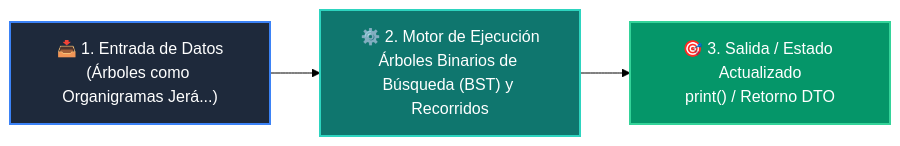
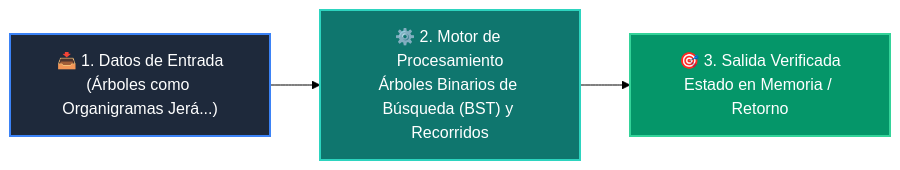
The diagram in 02-algoritmos-estructuras/clase-06-arboles-binarios-busqueda/README.md (wisrovi/wisrovi-python), drawn with Mermaid (forest theme) before and after one commit. The commit also changed other lines of this file and 226 other files, not shown here.

Commit message:
docs: elevate all repository READMEs to world-class mastery standard with rich pedagogical architecture, custom Mermaids, and professional styling

````diff
--- a/02-algoritmos-estructuras/clase-06-arboles-binarios-busqueda/README.md
+++ b/02-algoritmos-estructuras/clase-06-arboles-binarios-busqueda/README.md
@@ -12,9 +26,9 @@
 ```mermaid
 flowchart LR
-    A["📥 1. Entrada de Datos<br/>(Árboles como Organigramas Jerá...)"] --> B["⚙️ 2. Motor de Ejecución<br/>Árboles Binarios de Búsqueda (BST) y Recorridos"]
-    B --> C["🎯 3. Salida / Estado Actualizado<br/>print() / Retorno DTO"]
+    IN["📥 1. Datos de Entrada<br/>(Árboles como Organigramas Jerá...)"] --> ENG["⚙️ 2. Motor de Procesamiento<br/>Árboles Binarios de Búsqueda (BST) y Recorridos"]
+    ENG --> OUT["🎯 3. Salida Verificada<br/>Estado en Memoria / Retorno"]
 
-    style A fill:#1e293b,color:#ffffff,stroke:#3b82f6,stroke-width:2px
-    style B fill:#0f766e,color:#ffffff,stroke:#2dd4bf,stroke-width:2px
-    style C fill:#059669,color:#ffffff,stroke:#34d399,stroke-width:2px
+    style IN fill:#1e293b,color:#ffffff,stroke:#3b82f6,stroke-width:2px
+    style ENG fill:#0f766e,color:#ffffff,stroke:#2dd4bf,stroke-width:2px
+    style OUT fill:#059669,color:#ffffff,stroke:#34d399,stroke-width:2px
 ```
````
